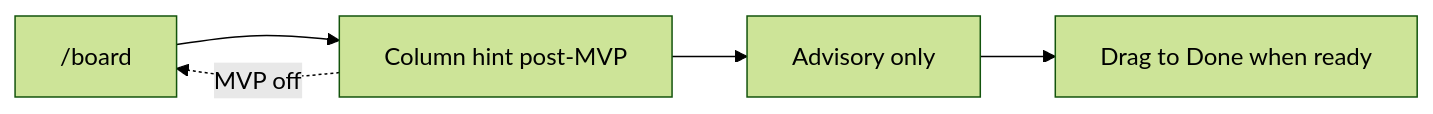
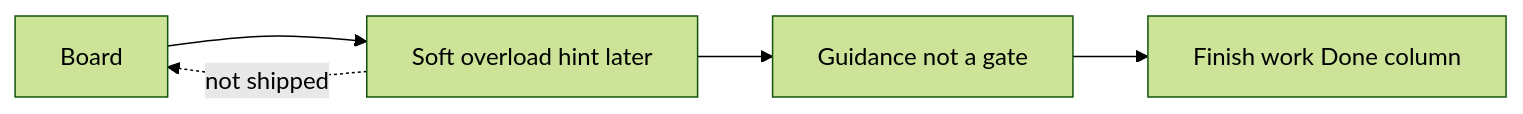
One commit to wildan-png/todoAppWorkflow-design changed diagram 11 of 28 in research/user-journeys.md. Above: the diagram before and after it, drawn with Mermaid (forest theme). The commit also changed other lines of this file, not shown here.

First line of the commit message:
docs: humanize user journey copy (Part A, steps, diagrams)

````diff
--- a/research/user-journeys.md
+++ b/research/user-journeys.md
@@ -450,7 +450,7 @@
 ```mermaid
 flowchart LR
-  B["/board"] --> H[Column hint post-MVP]
-  H --> R[Advisory only]
-  R --> D[Drag to Done when ready]
-  H -.->|MVP off| B
+  B[Board] --> H[Soft overload hint later]
+  H --> R[Guidance not a gate]
+  R --> D[Finish work Done column]
+  H -.->|not shipped| B
 ```
````
